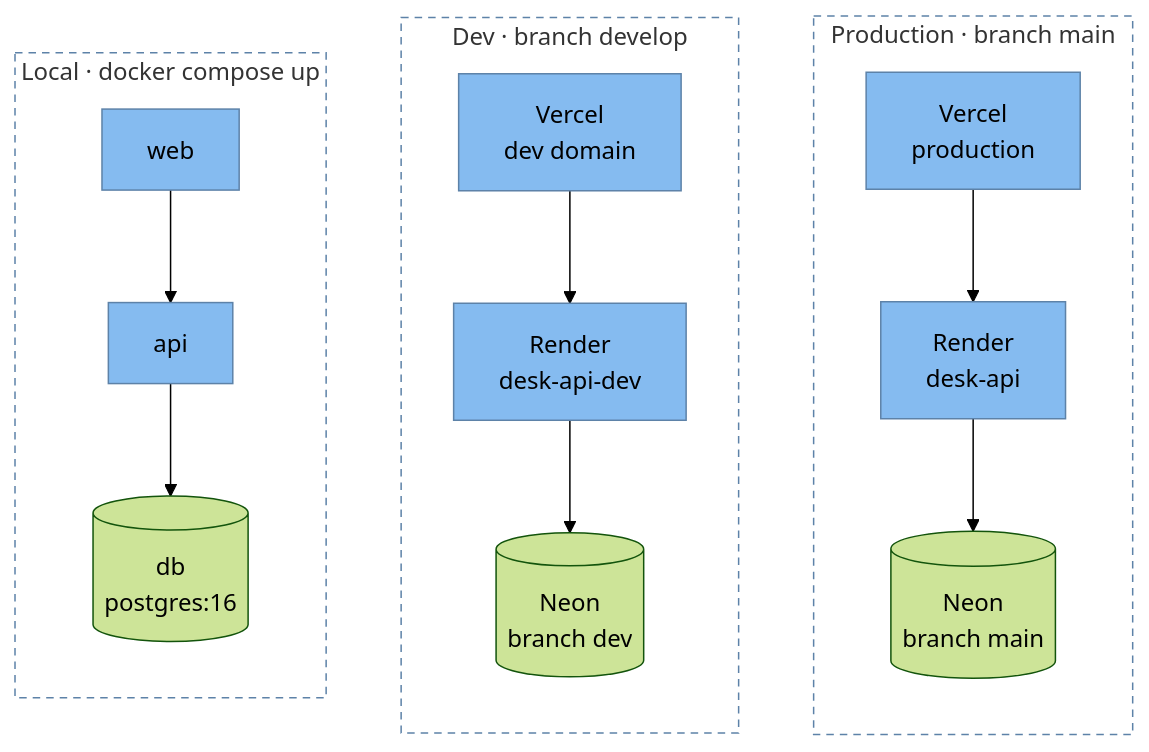
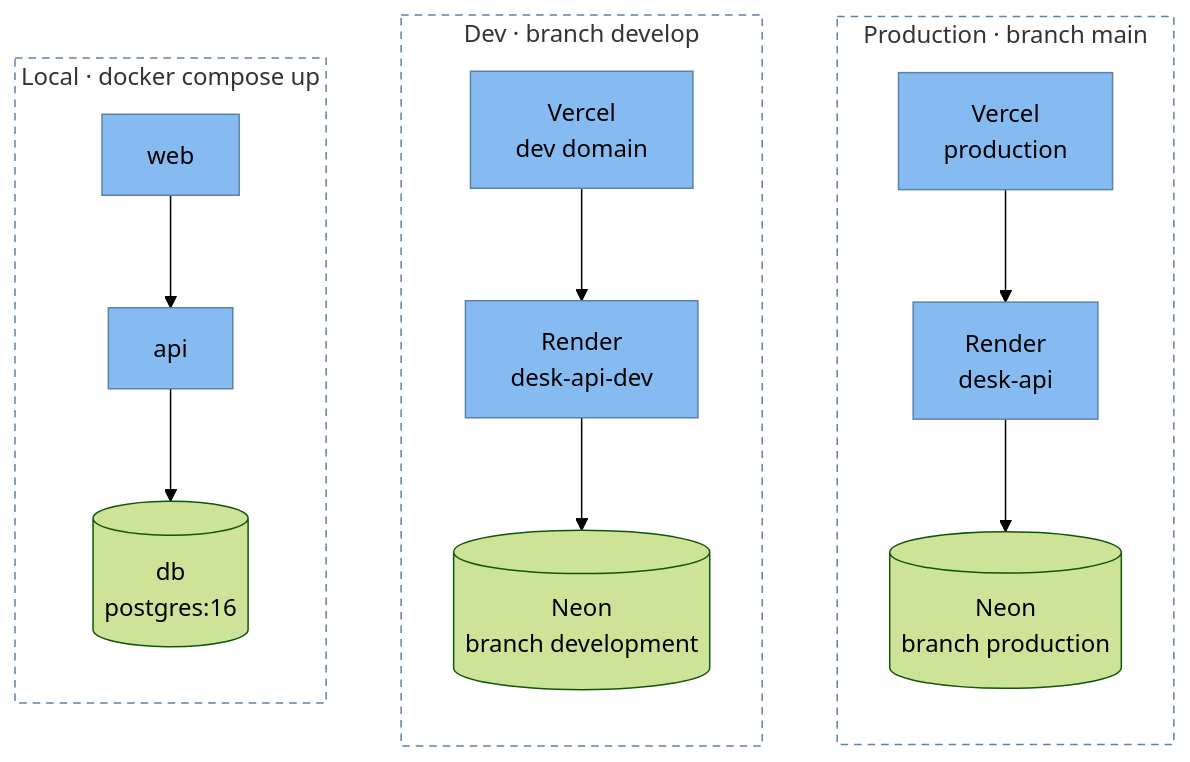
One commit to Michelle-anyika/dataset-request-desk changed the seventh of 8 diagrams in docs/architecture.md. Above: the diagram before and after it, drawn with Mermaid (forest theme). The commit also changed 4 other files, not shown here.

````diff
--- a/docs/architecture.md
+++ b/docs/architecture.md
@@ -264,25 +264,25 @@
 ```mermaid
 flowchart LR
     subgraph local["Local · docker compose up"]
         direction TB
         lweb["web"] --> lapi["api"] --> ldb[("db<br/>postgres:16")]
     end
 
     subgraph dev["Dev · branch develop"]
         direction TB
-        dweb["Vercel<br/>dev domain"] --> dapi["Render<br/>desk-api-dev"] --> ddb[("Neon<br/>branch dev")]
+        dweb["Vercel<br/>dev domain"] --> dapi["Render<br/>desk-api-dev"] --> ddb[("Neon<br/>branch development")]
     end
 
     subgraph prod["Production · branch main"]
         direction TB
-        pweb["Vercel<br/>production"] --> papi["Render<br/>desk-api"] --> pdb[("Neon<br/>branch main")]
+        pweb["Vercel<br/>production"] --> papi["Render<br/>desk-api"] --> pdb[("Neon<br/>branch production")]
     end
 
     local ~~~ dev ~~~ prod
 
     classDef env fill:#85bbf0,stroke:#5d82a8,color:#000
     class lweb,lapi,dweb,dapi,pweb,papi env
     style local fill:transparent,stroke:#5d82a8,stroke-width:1px,stroke-dasharray:5 4
     style dev fill:transparent,stroke:#5d82a8,stroke-width:1px,stroke-dasharray:5 4
     style prod fill:transparent,stroke:#5d82a8,stroke-width:1px,stroke-dasharray:5 4
 ```
````
